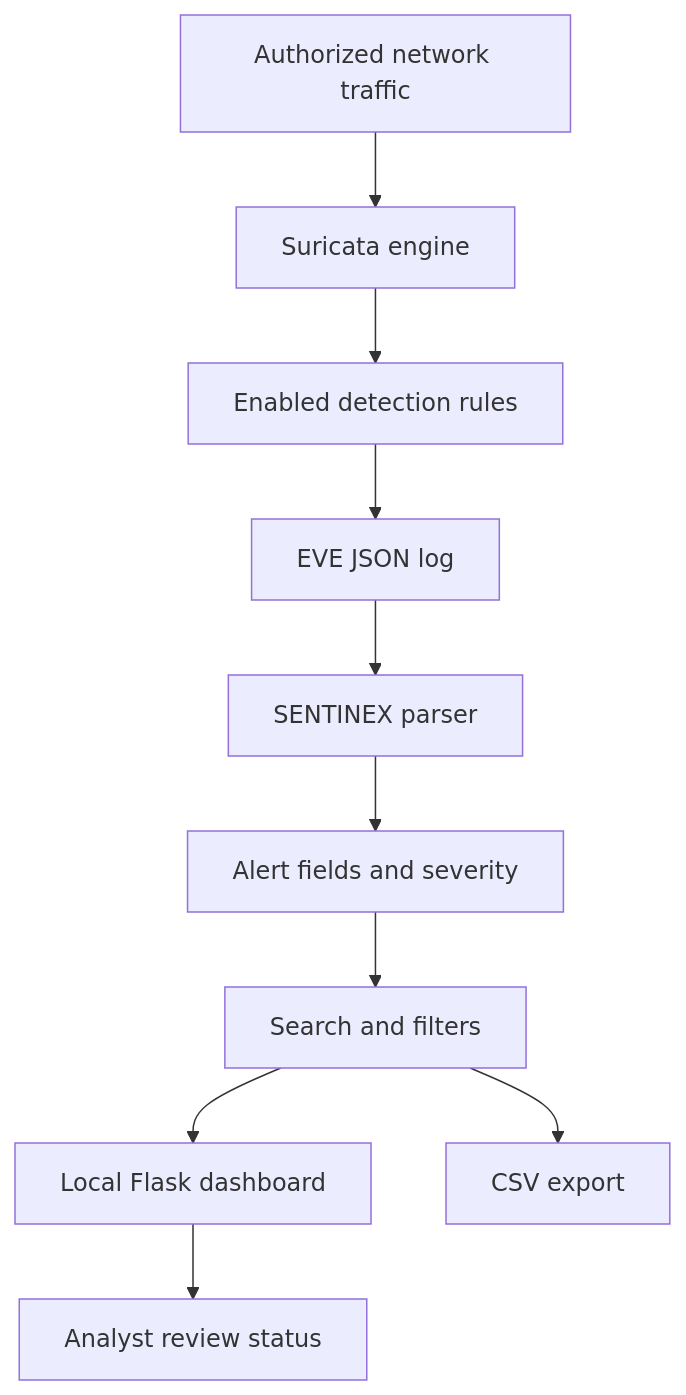
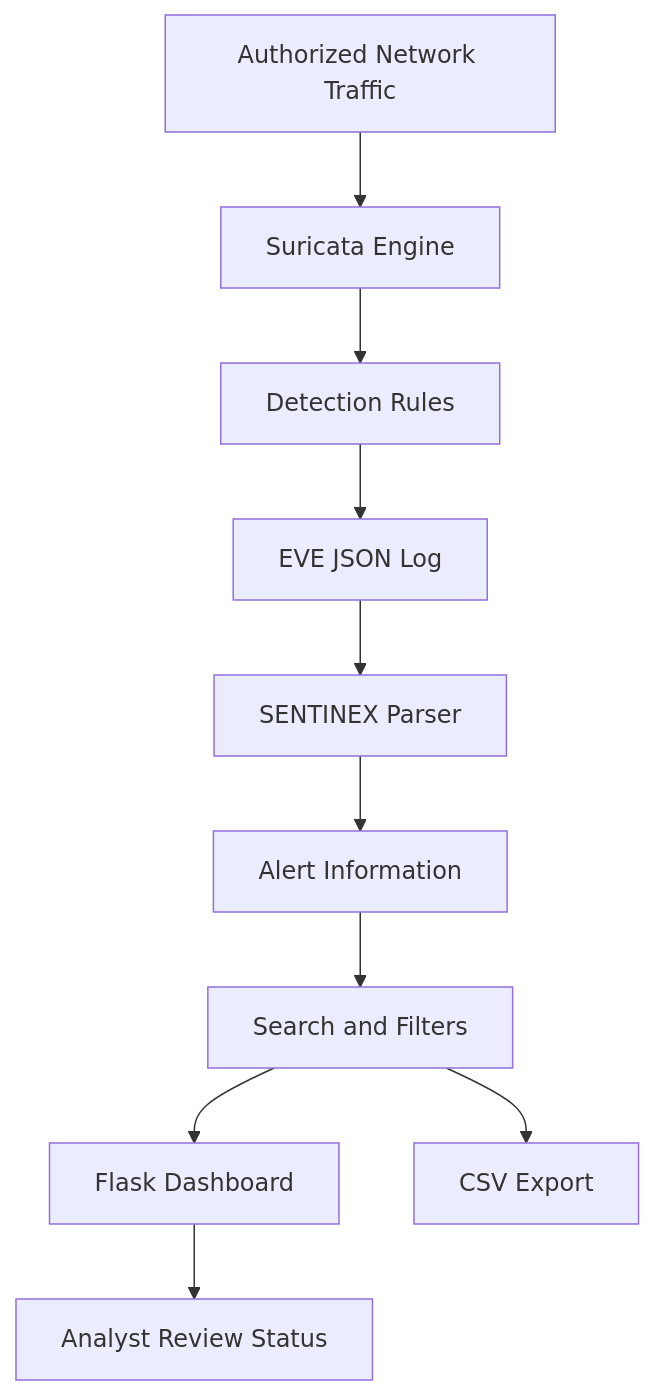
The diagram in README.md (Prince-0j1/Sentinex-NIDS), drawn with Mermaid before and after one commit. The commit also changed other lines of this file, not shown here.

````diff
--- a/README.md
+++ b/README.md
@@ -45,12 +43,12 @@
 ```mermaid
 flowchart TD
-    A["Authorized network traffic"] --> B["Suricata engine"]
-    B --> C["Enabled detection rules"]
-    C --> D["EVE JSON log"]
-    D --> E["SENTINEX parser"]
-    E --> F["Alert fields and severity"]
-    F --> G["Search and filters"]
-    G --> H["Local Flask dashboard"]
-    G --> I["CSV export"]
-    H --> J["Analyst review status"]
+    A["Authorized Network Traffic"] --> B["Suricata Engine"]
+    B --> C["Detection Rules"]
+    C --> D["EVE JSON Log"]
+    D --> E["SENTINEX Parser"]
+    E --> F["Alert Information"]
+    F --> G["Search and Filters"]
+    G --> H["Flask Dashboard"]
+    G --> I["CSV Export"]
+    H --> J["Analyst Review Status"]
 ```
````
